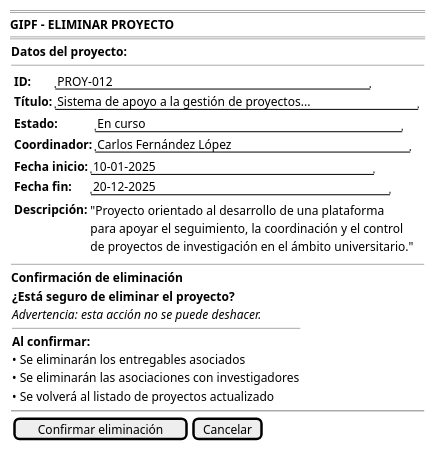
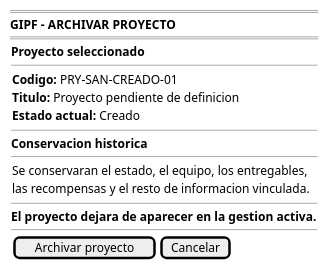
One commit to beatriizorozco/25-26-idsw2-sdVC changed the diagram in modelosUML/RUP/00-casos-uso/02-detalle/prototipado/coordinador/eliminarProyecto/prototipo.puml. Above: the diagram before and after it, drawn with PlantUML. The commit also changed 38 other files, not shown here.

Commit message:
docs(proyectos): aplicar archivado lógico con trazabilidad histórica

```diff
--- a/modelosUML/RUP/00-casos-uso/02-detalle/prototipado/coordinador/eliminarProyecto/prototipo.puml
+++ b/modelosUML/RUP/00-casos-uso/02-detalle/prototipado/coordinador/eliminarProyecto/prototipo.puml
@@ -1,46 +1,27 @@
 @startsalt eliminarProyecto-wireframe
 {
     ====
-    <b>GIPF - ELIMINAR PROYECTO</b>
+    <b>GIPF - ARCHIVAR PROYECTO</b>
     ====
     {
-        <b>Datos del proyecto:</b>
+        <b>Proyecto seleccionado</b>
         --
         {
-            {
-            {<b>ID:</b> | "PROY-012                               "
-            <b>Título:</b> | "Sistema de apoyo a la gestión de proyectos..."}
-
-            {<b>Estado:</b> | "En curso                              "
-            <b>Coordinador:</b> | "Carlos Fernández López                 "}
-
-            {<b>Fecha inicio:</b> | "10-01-2025                         "
-            <b>Fecha fin:</b> | "20-12-2025                           "}
-
-            {<b>Descripción:</b> |
-                {"Proyecto orientado al desarrollo de una plataforma
-                para apoyar el seguimiento, la coordinación y el control
-                de proyectos de investigación en el ámbito universitario."}}
-            }
+            <b>Codigo:</b> PRY-SAN-CREADO-01
+            <b>Titulo:</b> Proyecto pendiente de definicion
+            <b>Estado actual:</b> Creado
         }
-
         --
-
-        <b>Confirmación de eliminación</b>
+        <b>Conservacion historica</b>
+        --
         {
-            <b>¿Está seguro de eliminar el proyecto?</b>
-            <i>Advertencia: esta acción no se puede deshacer.</i>
-
-            --
-            <b>Al confirmar:</b>
-            • Se eliminarán los entregables asociados
-            • Se eliminarán las asociaciones con investigadores
-            • Se volverá al listado de proyectos actualizado
+            Se conservaran el estado, el equipo, los entregables,
+            las recompensas y el resto de informacion vinculada.
         }
-
-        ~~
-
-        {[Confirmar eliminación] | [Cancelar]}
+        --
+        <b>El proyecto dejara de aparecer en la gestion activa.</b>
+        --
+        {[Archivar proyecto] | [Cancelar]}
     }
 }
 @endsalt
```
